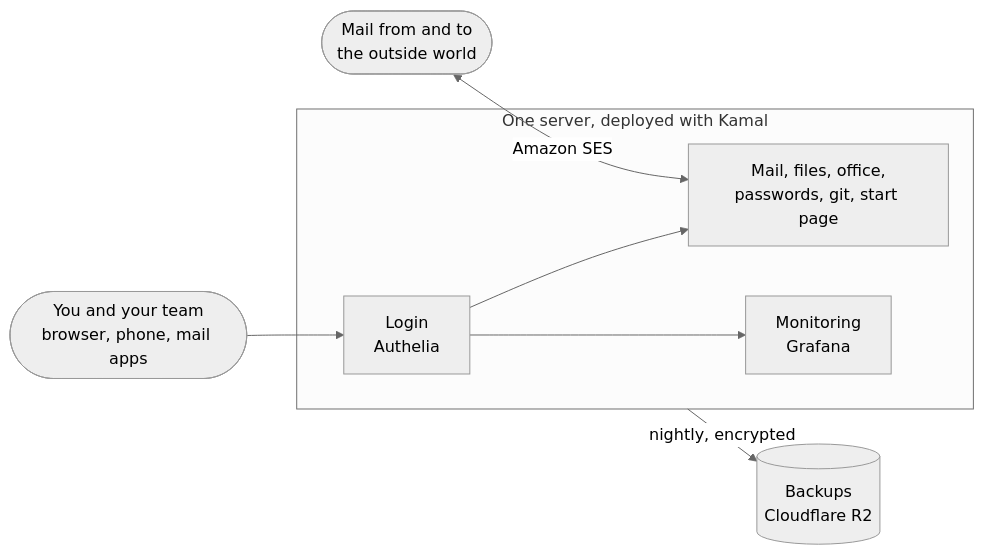
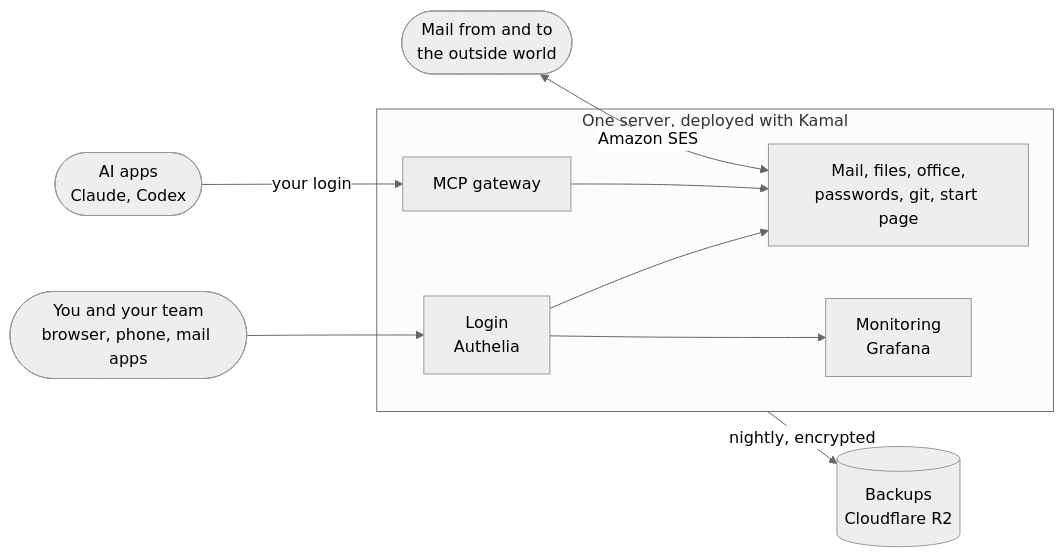
Before and after one commit to igorski89/sgnl: the diagram in README.md, drawn with Mermaid (neutral theme). The commit also changed other lines of this file and 6 other files, not shown here.

Commit message:
Docs: the hosted MCP gateway (architecture, deploy, security, DNS, users, recovery, README); access token lifetime is 5 min

````diff
--- a/README.md
+++ b/README.md
@@ -55,14 +56,17 @@
 ```mermaid
 flowchart LR
   people(["You and your team<br/>browser, phone, mail apps"])
+  ai(["AI apps<br/>Claude, Codex"])
   world(["Mail from and to<br/>the outside world"])
   subgraph server["One server, deployed with Kamal"]
     login["Login<br/>Authelia"]
     apps["Mail, files, office,<br/>passwords, git, start page"]
+    mcp["MCP gateway"]
     mon["Monitoring<br/>Grafana"]
   end
   people --> login --> apps
+  ai -->|"your login"| mcp --> apps
   login --> mon
   world <-->|"Amazon SES"| apps
   server -->|"nightly, encrypted"| backup[("Backups<br/>Cloudflare R2")]
 ```
````
